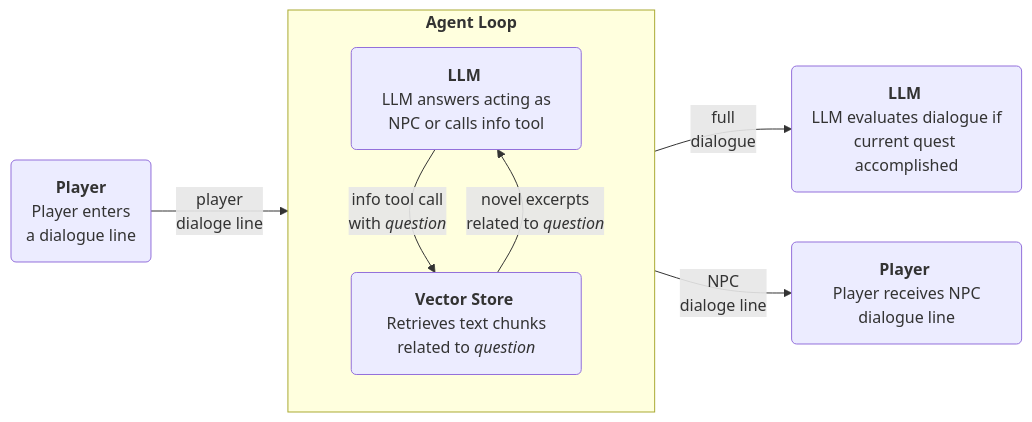
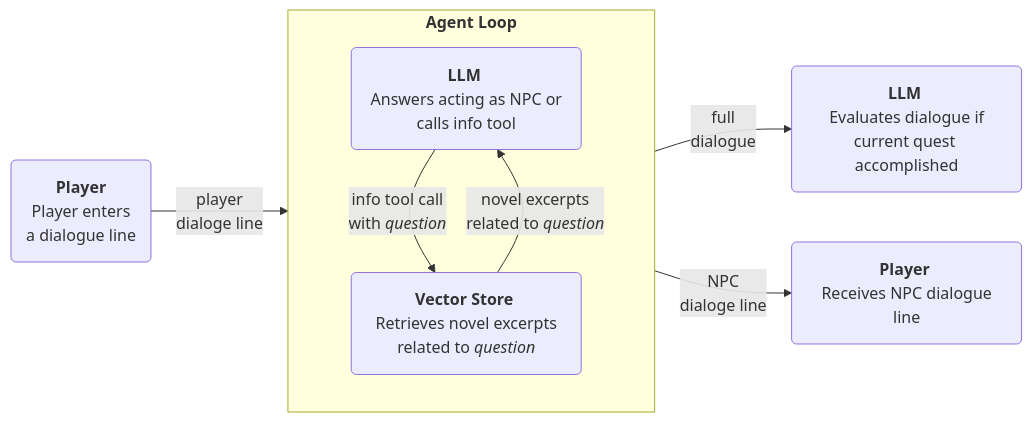
One commit to joern-kalz/ai-wonderland changed the diagram in README.md. Above: the diagram before and after it, drawn with Mermaid. The commit also changed other lines of this file and 2 other files, not shown here.

````diff
--- a/README.md
+++ b/README.md
@@ -4,16 +16,16 @@
 ```mermaid
 flowchart LR
     P1("`**Player** <br> Player enters <br> a dialogue line`")
     subgraph a ["`**Agent Loop**`"]
     direction TB
-    L1("`**LLM** <br> LLM answers acting as NPC or calls info tool`")
-    R("`**Vector Store** <br> Retrieves text chunks related to *question*`")
+    L1("`**LLM** <br> Answers acting as NPC or calls info tool`")
+    R("`**Vector Store** <br> Retrieves novel excerpts related to *question*`")
     end
-    L2("`**LLM** <br> LLM evaluates dialogue if current quest accomplished`")
-    P2("`**Player** <br> Player receives NPC dialogue line`")
+    L2("`**LLM** <br> Evaluates dialogue if current quest accomplished`")
+    P2("`**Player** <br> Receives NPC dialogue line`")
     P1 -->|"`player <br> dialoge line`"| a
     a -->|"`full <br> dialogue`"| L2
     L1 -->|"`info tool call <br> with *question*`"| R
     R -->|"`novel excerpts <br> related to *question*`"| L1
     a -->|"`NPC <br> dialoge line`"| P2
 ```
````
